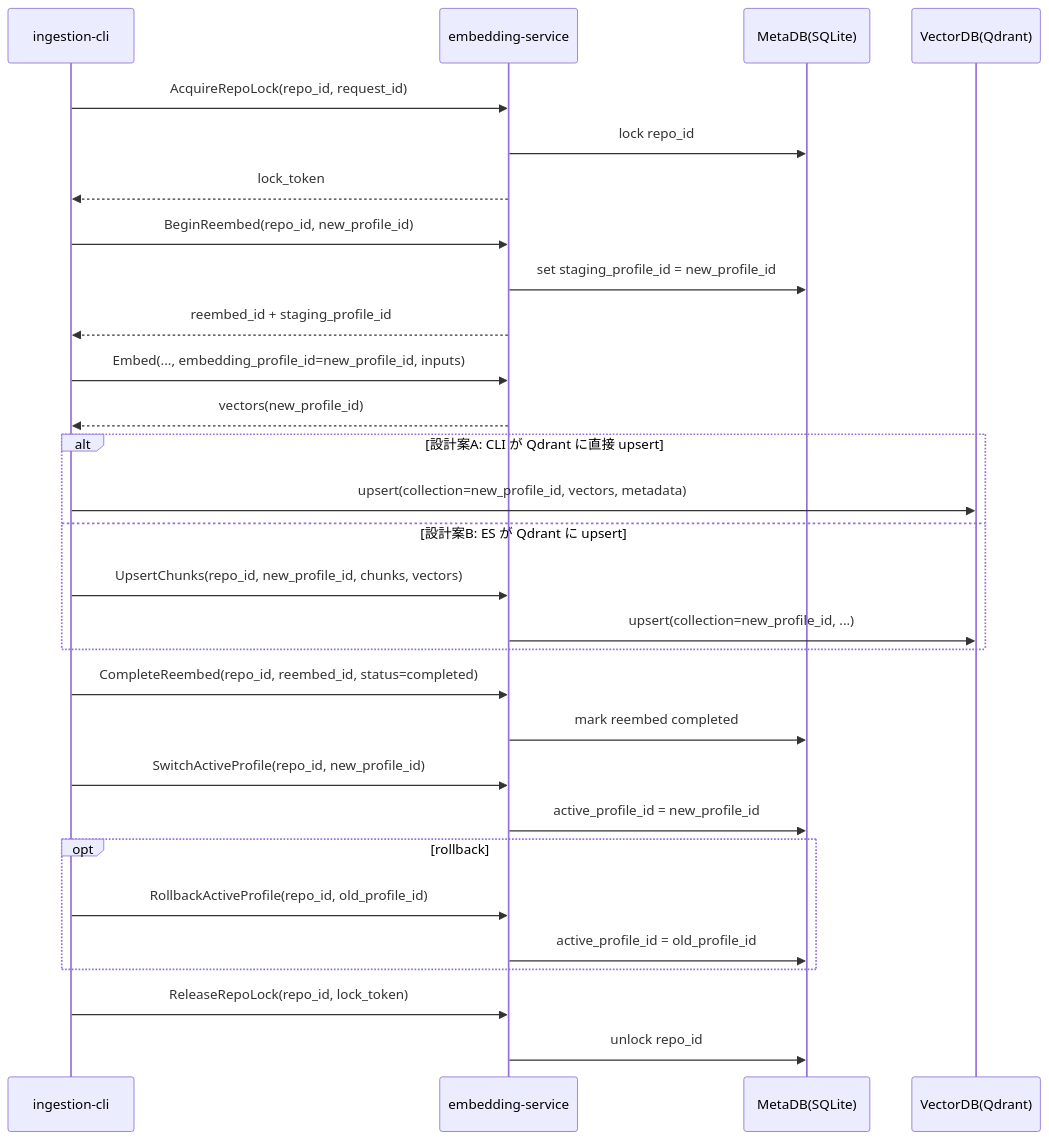
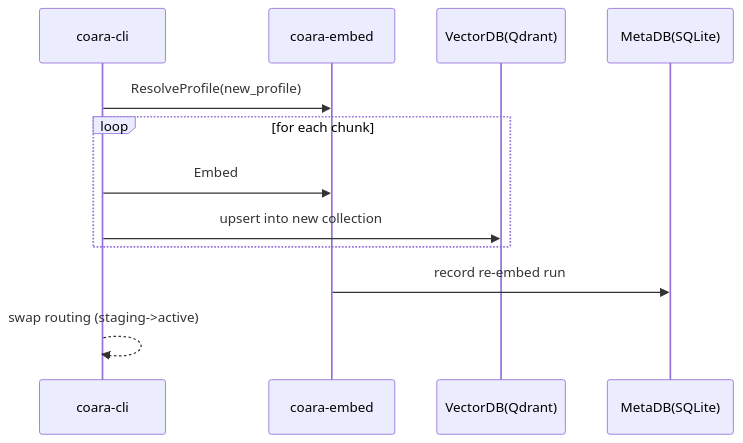
One commit to ramsesyok/coara changed the third of 3 diagrams in docs/interface_specification.md. Above: the diagram before and after it, drawn with Mermaid. The commit also changed other lines of this file and 1 other file, not shown here.

````diff
--- a/docs/interface_specification.md
+++ b/docs/interface_specification.md
@@ -596,39 +246,15 @@
 ```mermaid
 sequenceDiagram
-  participant CLI as ingestion-cli
-  participant ES as embedding-service
-  participant MDB as MetaDB(SQLite)
-  participant VDB as VectorDB(Qdrant)
+    participant CLI as coara-cli
+    participant EMB as coara-embed
+    participant VDB as VectorDB(Qdrant)
+    participant MDB as MetaDB(SQLite)
 
-  CLI->>ES: AcquireRepoLock(repo_id, request_id)
-  ES->>MDB: lock repo_id
-  ES-->>CLI: lock_token
-
-  CLI->>ES: BeginReembed(repo_id, new_profile_id)
-  ES->>MDB: set staging_profile_id = new_profile_id
-  ES-->>CLI: reembed_id + staging_profile_id
-
-  CLI->>ES: Embed(..., embedding_profile_id=new_profile_id, inputs)
-  ES-->>CLI: vectors(new_profile_id)
-
-  alt 設計案A: CLI が Qdrant に直接 upsert
-    CLI->>VDB: upsert(collection=new_profile_id, vectors, metadata)
-  else 設計案B: ES が Qdrant に upsert
-    CLI->>ES: UpsertChunks(repo_id, new_profile_id, chunks, vectors)
-    ES->>VDB: upsert(collection=new_profile_id, ...)
-  end
-
-  CLI->>ES: CompleteReembed(repo_id, reembed_id, status=completed)
-  ES->>MDB: mark reembed completed
-
-  CLI->>ES: SwitchActiveProfile(repo_id, new_profile_id)
-  ES->>MDB: active_profile_id = new_profile_id
-
-  opt rollback
-    CLI->>ES: RollbackActiveProfile(repo_id, old_profile_id)
-    ES->>MDB: active_profile_id = old_profile_id
-  end
-
-  CLI->>ES: ReleaseRepoLock(repo_id, lock_token)
-  ES->>MDB: unlock repo_id
+    CLI->>EMB: ResolveProfile(new_profile)
+    loop for each chunk
+        CLI->>EMB: Embed
+        CLI->>VDB: upsert into new collection
+    end
+    EMB->>MDB: record re-embed run
+    CLI-->>CLI: swap routing (staging->active)
 ```
````
